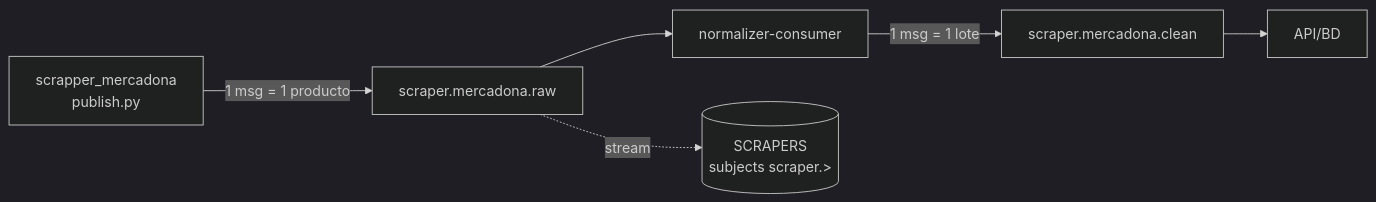
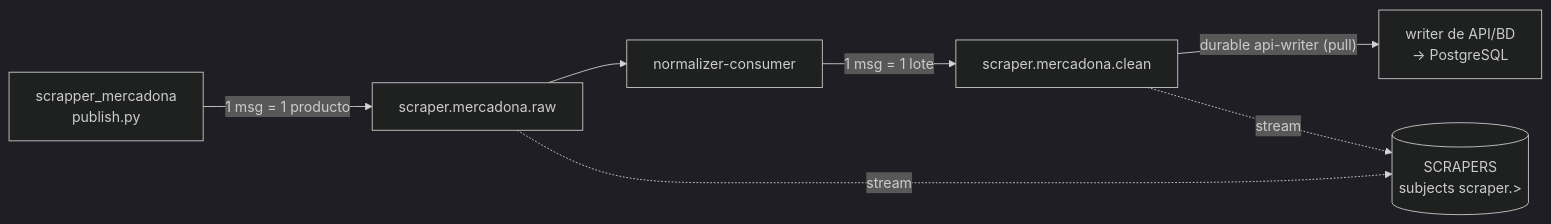
The first of 4 diagrams in flujo-entrada/docs/03-contratos-datos.md (TheMinimalOwl/PTI-Q26-27-TARDOR), drawn with Mermaid (dark theme) before and after one commit. The commit also changed other lines of this file and 31 other files, not shown here.

````diff
--- a/flujo-entrada/docs/03-contratos-datos.md
+++ b/flujo-entrada/docs/03-contratos-datos.md
@@ -7,8 +7,9 @@
 ```mermaid
 flowchart LR
   P["scrapper_mercadona<br/>publish.py"] -->|"1 msg = 1 producto"| RAW["scraper.mercadona.raw"]
   RAW --> C["normalizer-consumer"]
   C -->|"1 msg = 1 lote"| CLEAN["scraper.mercadona.clean"]
-  CLEAN --> API["API/BD"]
+  CLEAN -->|"durable api-writer (pull)"| API["writer de API/BD<br/>→ PostgreSQL"]
   RAW -.->|stream| S[("SCRAPERS<br/>subjects scraper.&gt;")]
+  CLEAN -.->|stream| S
 ```
````
